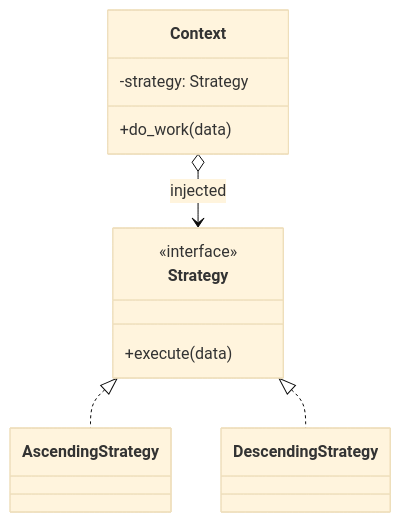
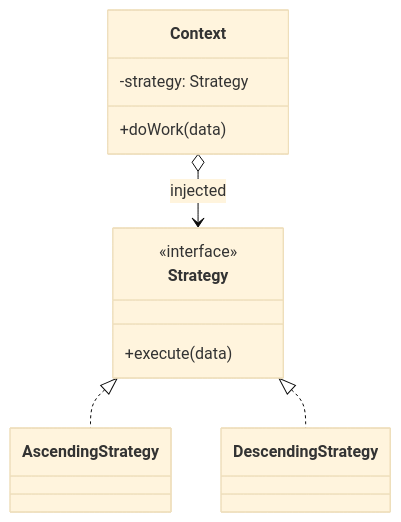
One commit to Lightbridge-KS/software-design-ai-era changed the third of 4 diagrams in src/content/docs/part-3-patterns/13-strategy-and-template-method.mdx. Above: the diagram before and after it, drawn with Mermaid (base theme). The commit also changed other lines of this file and 23 other files, not shown here.

````diff
--- a/src/content/docs/part-3-patterns/13-strategy-and-template-method.mdx
+++ b/src/content/docs/part-3-patterns/13-strategy-and-template-method.mdx
@@ -448,14 +612,14 @@
 ```mermaid
 classDiagram
     class Context {
         -strategy: Strategy
-        +do_work(data)
+        +doWork(data)
     }
     class Strategy {
         <<interface>>
         +execute(data)
     }
     Context o--> Strategy : injected
     Strategy <|.. AscendingStrategy
     Strategy <|.. DescendingStrategy
 ```
````
